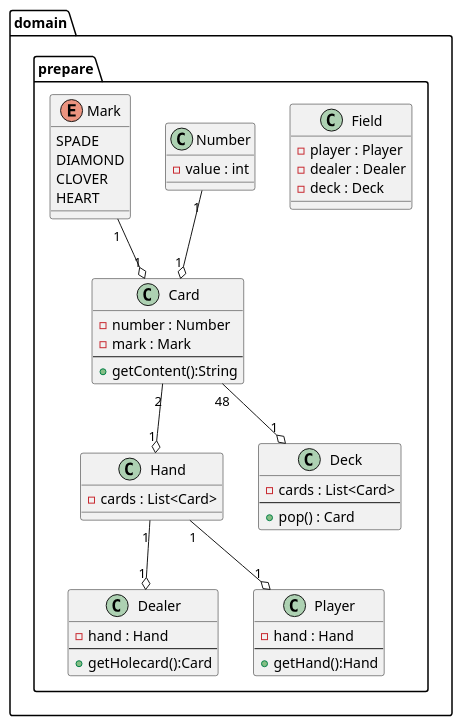
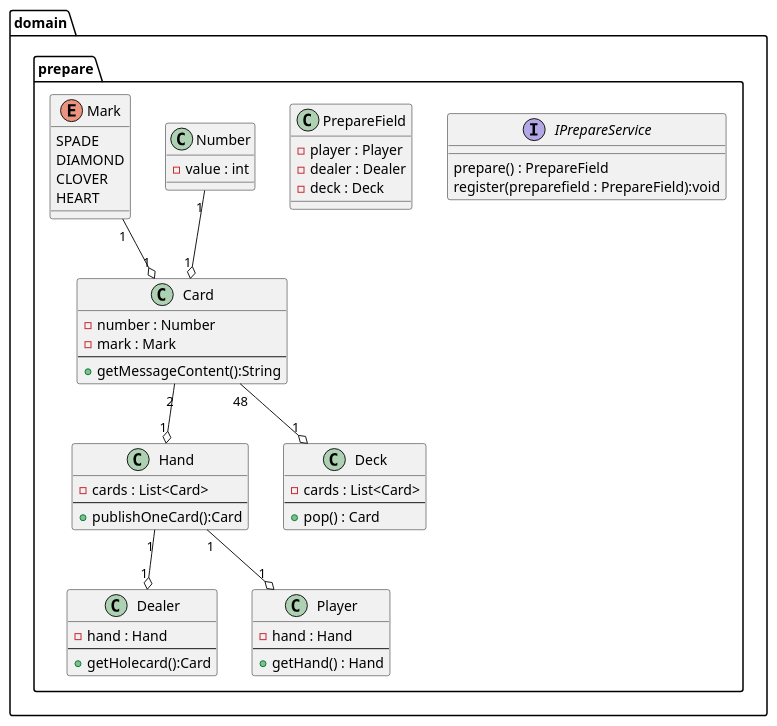
Before and after one commit to KazukiOtomo/sample: the diagram in lecture/src/uml/prepare-class.puml, drawn with PlantUML. The commit also changed 8 other files, not shown here.

```diff
--- a/lecture/src/uml/prepare-class.puml
+++ b/lecture/src/uml/prepare-class.puml
@@ -1,63 +1,70 @@
 @startuml
 'https://plantuml.com/sequence-diagram
 
 skinparam defaultFontName Cica
 
 package domain.prepare {
 
-    class Field {
+    interface IPrepareService{
+        prepare() : PrepareField
+        register(preparefield : PrepareField):void
+    }
+
+    class PrepareField {
         -player : Player
         -dealer : Dealer
         -deck : Deck
     }
 
     class Dealer {
         -hand : Hand
         --
         +getHolecard():Card
     }
 
     class Player {
         -hand : Hand
         --
-        +getHand():Hand
+        +getHand() : Hand
     }
 
     class Hand {
         -cards : List<Card>
+        --
+        +publishOneCard():Card
     }
 
     class Card {
         -number : Number
         -mark : Mark
         --
-        +getContent():String
+        +getMessageContent():String
     }
 
     Hand "1" --o "1" Player
     Hand "1" --o "1" Dealer
     Card "2" --o "1" Hand
 
     class Number {
         -value : int
     }
 
     enum Mark {
         SPADE
         DIAMOND
         CLOVER
         HEART
     }
 
     Mark "1" --o "1" Card
     Number "1" --o "1" Card
 
     class Deck {
         -cards : List<Card>
         --
         +pop() : Card
     }
 
     Card "48" --o "1" Deck
 }
 @enduml
```
